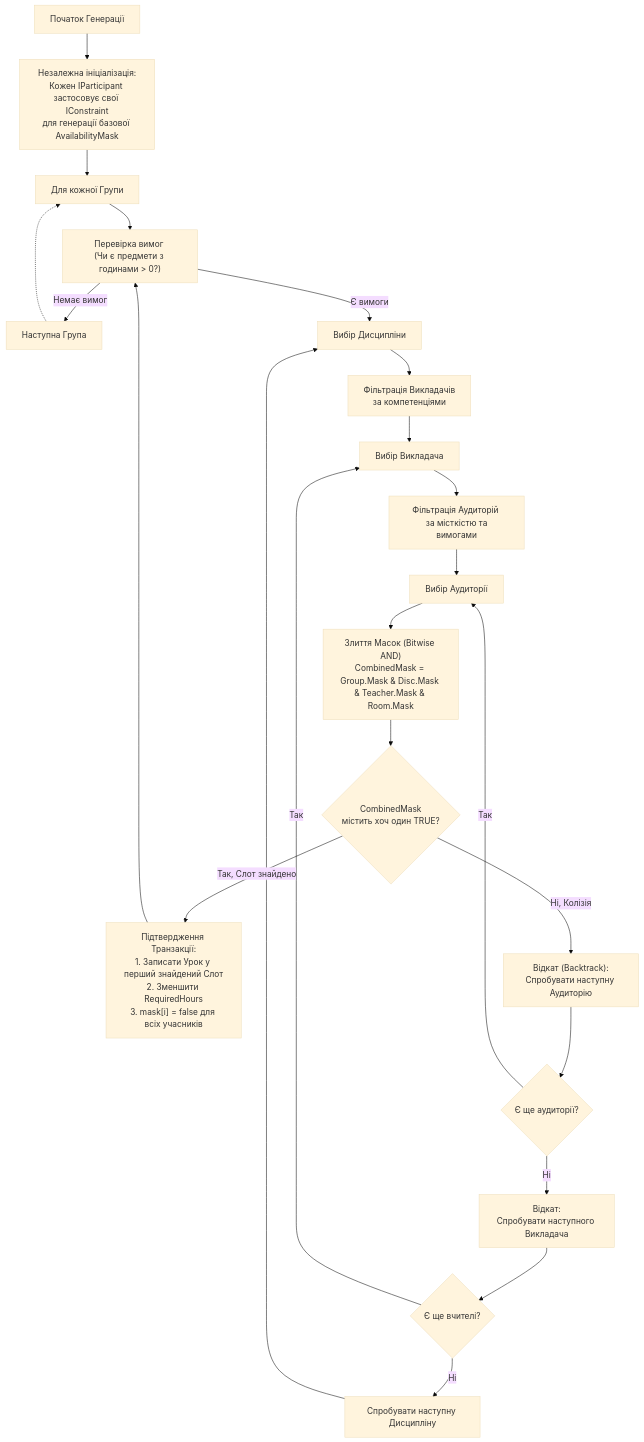
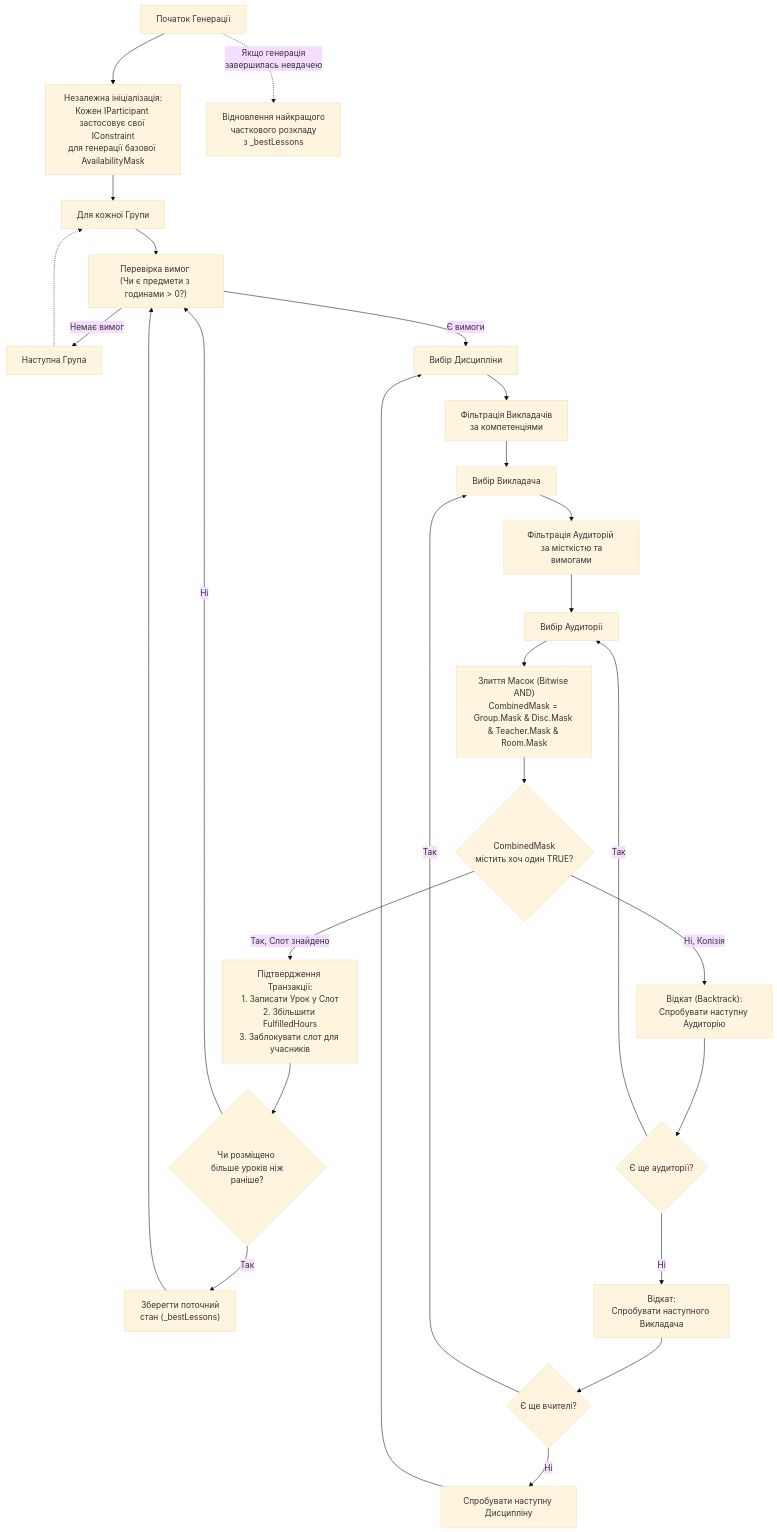
One commit to WDYT32/Lab1MAUI changed the third of 6 diagrams in README.md. Above: the diagram before and after it, drawn with Mermaid (base theme). The commit also changed other lines of this file and 48 other files, not shown here.

````diff
--- a/README.md
+++ b/README.md
@@ -287,34 +287,39 @@
 ```mermaid
 flowchart TD
     Start["Початок Генерації"] --> InitMasks["Незалежна ініціалізація:<br/>Кожен IParticipant застосовує свої IConstraint<br/>для генерації базової AvailabilityMask"]
     
     InitMasks --> ForGroup["Для кожної Групи"]
     ForGroup --> CheckReq["Перевірка вимог <br/>(Чи є предмети з годинами > 0?)"]
     
     CheckReq -->|Немає вимог| NextGroup["Наступна Група"]
     NextGroup -.-> ForGroup
     
     CheckReq -->|Є вимоги| PickDiscipline["Вибір Дисципліни"]
     PickDiscipline --> FilterTeachers["Фільтрація Викладачів <br/> за компетенціями"]
     
     FilterTeachers --> PickTeacher["Вибір Викладача"]
     
     PickTeacher --> FilterRooms["Фільтрація Аудиторій <br/> за місткістю та вимогами"]
     FilterRooms --> PickRoom["Вибір Аудиторії"]
     
     PickRoom --> CombineMasks["Злиття Масок (Bitwise AND)<br/>CombinedMask = Group.Mask & Disc.Mask & Teacher.Mask & Room.Mask"]
     
     CombineMasks --> CheckTrue{"CombinedMask <br/> містить хоч один TRUE?"}
     
-    CheckTrue -->|Так, Слот знайдено| PlaceLesson["Підтвердження Транзакції:<br/>1. Записати Урок у перший знайдений Слот<br/>2. Зменшити RequiredHours<br/>3. mask[i] = false для всіх учасників"]
-    PlaceLesson --> CheckReq
+    CheckTrue -->|Так, Слот знайдено| PlaceLesson["Підтвердження Транзакції:<br/>1. Записати Урок у Слот<br/>2. Збільшити FulfilledHours<br/>3. Заблокувати слот для учасників"]
+    PlaceLesson --> UpdateBestState{"Чи розміщено <br/> більше уроків ніж раніше?"}
+    UpdateBestState -->|Так| SaveBest["Зберегти поточний <br/> стан (_bestLessons)"]
+    UpdateBestState -->|Ні| CheckReq
+    SaveBest --> CheckReq
     
     CheckTrue -->|Ні, Колізія| BacktrackRoom["Відкат (Backtrack):<br/>Спробувати наступну Аудиторію"]
     BacktrackRoom --> CheckOtherRoom{"Є ще аудиторії?"}
     CheckOtherRoom -->|Так| PickRoom
     CheckOtherRoom -->|Ні| BacktrackTeacher["Відкат:<br/>Спробувати наступного Викладача"]
     BacktrackTeacher --> CheckOtherTeacher{"Є ще вчителі?"}
     CheckOtherTeacher -->|Так| PickTeacher
     CheckOtherTeacher -->|Ні| BacktrackDisc["Спробувати наступну Дисципліну"]
     BacktrackDisc --> PickDiscipline
+    
+    Start -.->|Якщо генерація<br/>завершилась невдачею| RestorePartial["Відновлення найкращого<br/>часткового розкладу<br/>з _bestLessons"]
 ```
````
